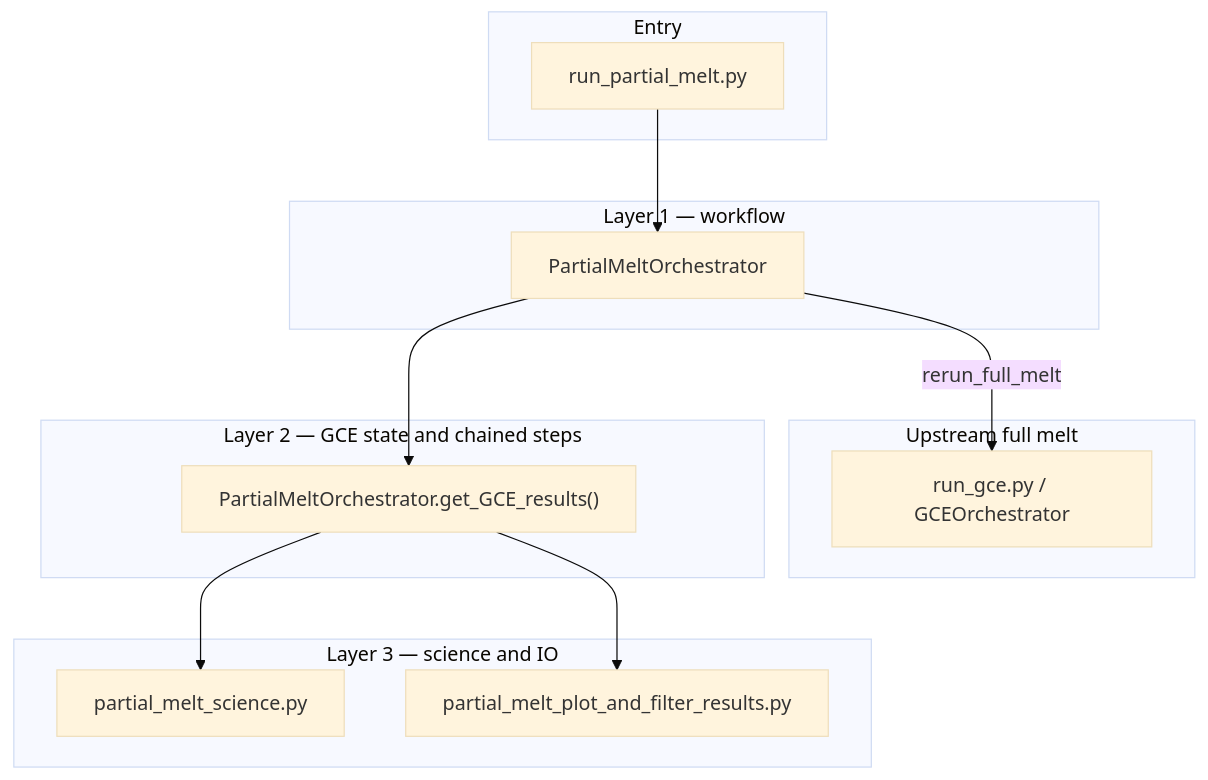
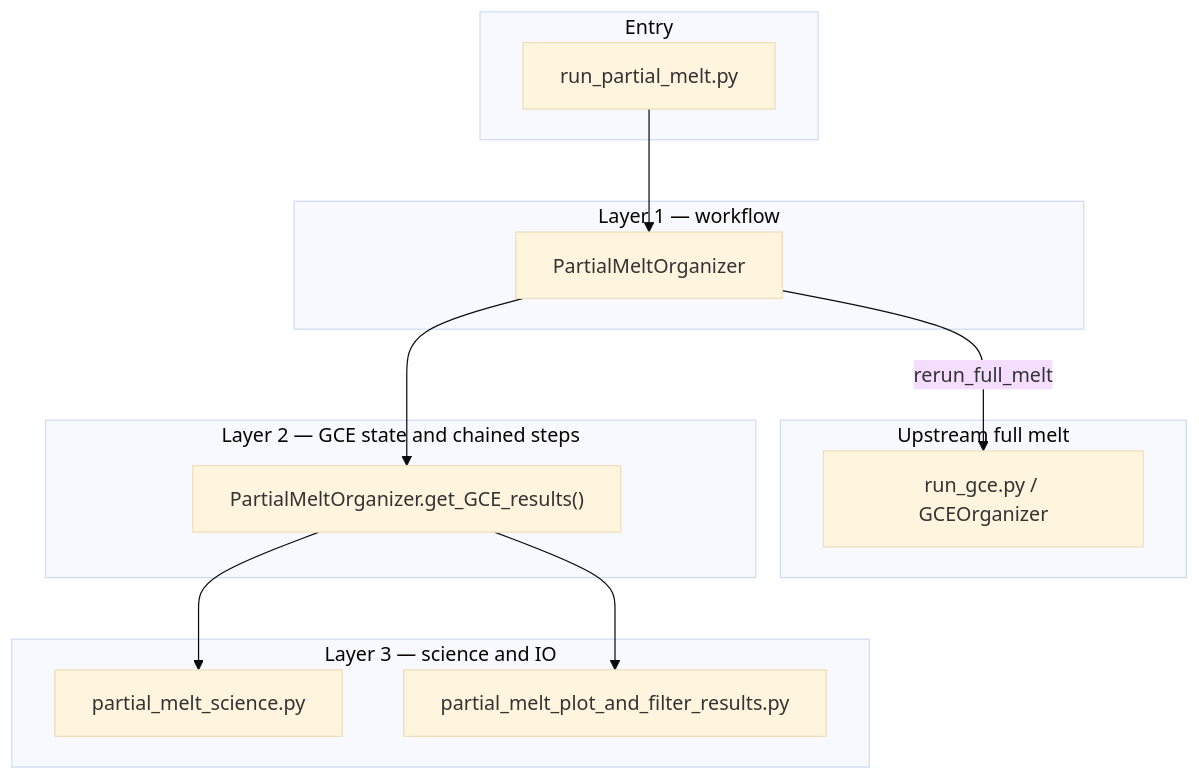
One commit to ExoInteriors/GlobalChemicalEquilibrium_Release changed the diagram in Example/run_partial_melt/ARCHITECTURE.md. Above: the diagram before and after it, drawn with Mermaid (base theme). The commit also changed other lines of this file and 12 other files, not shown here.

Commit message:
change results folder locations + rename Orchestrator to Organizer

````diff
--- a/Example/run_partial_melt/ARCHITECTURE.md
+++ b/Example/run_partial_melt/ARCHITECTURE.md
@@ -24,24 +24,24 @@
 ```mermaid
 flowchart TB
   subgraph entry["Entry"]
     RM["run_partial_melt.py"]
   end
   subgraph L1["Layer 1 — workflow"]
-    PMO["PartialMeltOrchestrator"]
+    PMO["PartialMeltOrganizer"]
   end
   subgraph upstream["Upstream full melt"]
-    RG["run_gce.py / GCEOrchestrator"]
+    RG["run_gce.py / GCEOrganizer"]
   end
   subgraph L2["Layer 2 — GCE state and chained steps"]
-    ORG["PartialMeltOrchestrator.get_GCE_results()"]
+    ORG["PartialMeltOrganizer.get_GCE_results()"]
   end
   subgraph L3["Layer 3 — science and IO"]
     SCI["partial_melt_science.py"]
     SIO["partial_melt_plot_and_filter_results.py"]
   end
   RM --> PMO
   PMO -->|"rerun_full_melt"| RG
   PMO --> ORG
   ORG --> SCI
   ORG --> SIO
 ```
````
